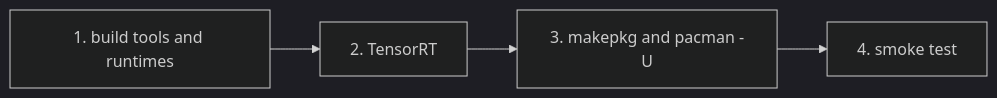
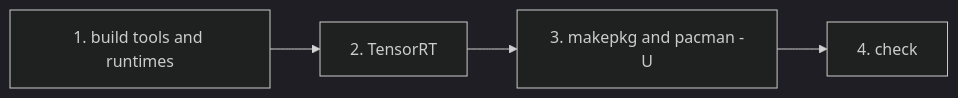
The diagram in docs/build-from-source.md (rsd/omarchy-onnxruntime), drawn with Mermaid (dark theme) before and after one commit. The commit also changed other lines of this file and 19 other files, not shown here.

````diff
--- a/docs/build-from-source.md
+++ b/docs/build-from-source.md
@@ -7,6 +5,6 @@
 ```mermaid
 flowchart LR
     A[1. build tools and runtimes] --> B[2. TensorRT]
     B --> C[3. makepkg and pacman -U]
-    C --> D[4. smoke test]
+    C --> D[4. check]
 ```
````
